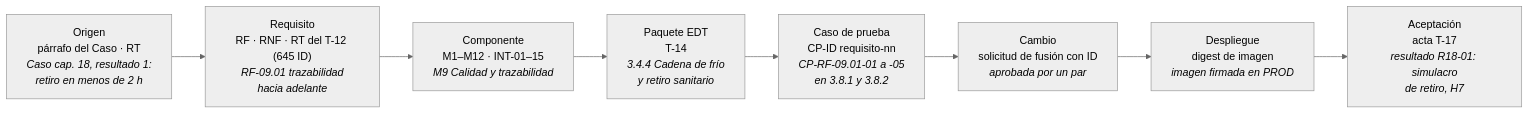
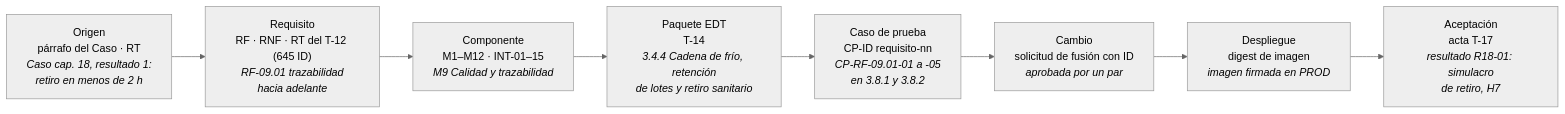
The seventh of 10 diagrams in 09_plan_calidad/LAFROX-Subdocumento9.md (PatricioH315/LafroX), drawn with Mermaid (neutral theme) before and after one commit. The commit also changed other lines of this file and 11 other files, not shown here.

````diff
--- a/09_plan_calidad/LAFROX-Subdocumento9.md
+++ b/09_plan_calidad/LAFROX-Subdocumento9.md
@@ -356,10 +357,10 @@
 ```mermaid
 flowchart LR
     O["Origen<br/>párrafo del Caso · RT<br/><i>Caso cap. 18, resultado 1:<br/>retiro en menos de 2 h</i>"] --> R["Requisito<br/>RF · RNF · RT del T-12 (645 ID)<br/><i>RF-09.01 trazabilidad<br/>hacia adelante</i>"]
     R --> C["Componente<br/>M1–M12 · INT-01–15<br/><i>M9 Calidad y trazabilidad</i>"]
-    C --> E["Paquete EDT<br/>T-14<br/><i>3.4.4 Cadena de frío<br/>y retiro sanitario</i>"]
+    C --> E["Paquete EDT<br/>T-14<br/><i>3.4.4 Cadena de frío, retención<br/>de lotes y retiro sanitario</i>"]
     E --> K["Caso de prueba<br/>CP-ID requisito-nn<br/><i>CP-RF-09.01-01 a -05<br/>en 3.8.1 y 3.8.2</i>"]
     K --> G["Cambio<br/>solicitud de fusión con ID<br/><i>aprobada por un par</i>"]
     G --> D["Despliegue<br/>digest de imagen<br/><i>imagen firmada en PROD</i>"]
     D --> A["Aceptación<br/>acta T-17<br/><i>resultado R18-01: simulacro<br/>de retiro, H7</i>"]
 ```
````
